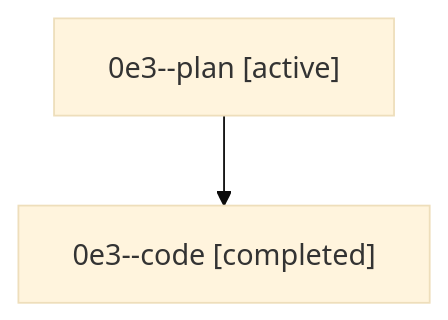
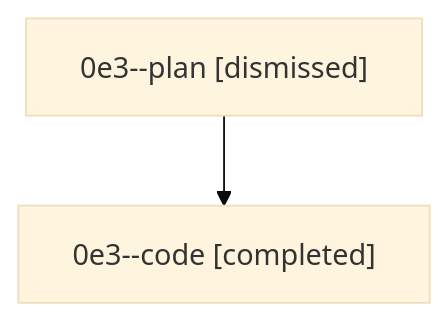
The diagram in sessions/bbugyi200.athena.0e3.md (sase-org/sase--agents), drawn with Mermaid (base theme) before and after one commit. The commit also changed other lines of this file and 24 other files, not shown here.

````diff
--- a/sessions/bbugyi200.athena.0e3.md
+++ b/sessions/bbugyi200.athena.0e3.md
@@ -9,6 +9,6 @@
 ```mermaid
 flowchart TD
-  n0["0e3--plan [active]"]
+  n0["0e3--plan [dismissed]"]
   n1["0e3--code [completed]"]
   n0 --> n1
 ```
````
